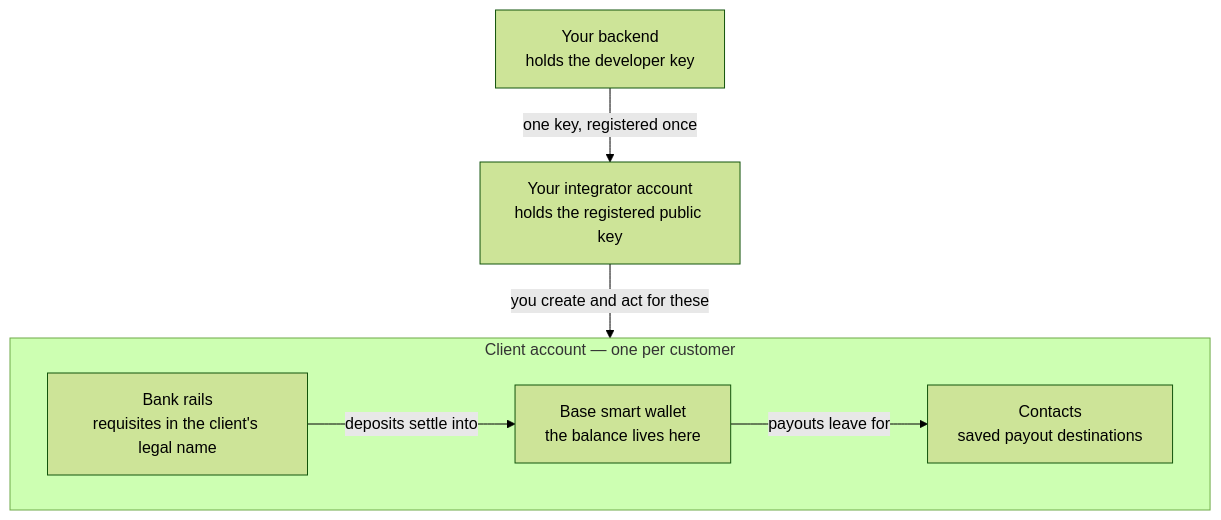
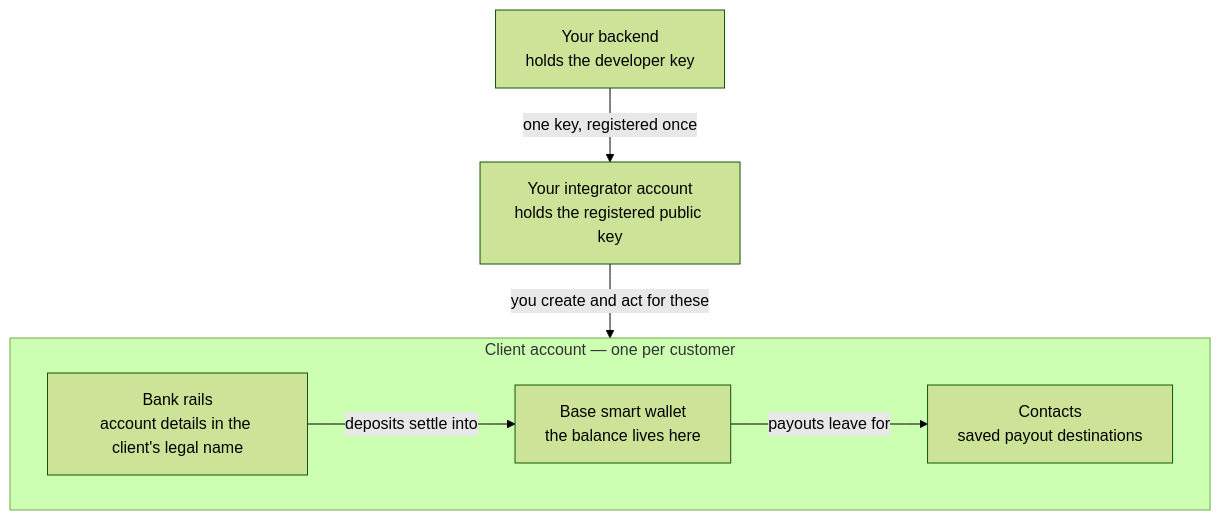
The diagram in whitelabel/overview.mdx (hevn-inc/docs), drawn with Mermaid (forest theme) before and after one commit. The commit also changed other lines of this file and 35 other files, not shown here.

````diff
--- a/whitelabel/overview.mdx
+++ b/whitelabel/overview.mdx
@@ -9,14 +9,14 @@
 ```mermaid
 flowchart TB
     K["Your backend<br/>holds the developer key"]
     I["Your integrator account<br/>holds the registered public key"]
     K -->|"one key, registered once"| I
     I -->|"you create and act for these"| Wallet
     subgraph Wallet["Client account — one per customer"]
         W["Base smart wallet<br/>the balance lives here"]
-        B["Bank rails<br/>requisites in the client's legal name"]
+        B["Bank rails<br/>account details in the client's legal name"]
         T["Contacts<br/>saved payout destinations"]
         B -->|"deposits settle into"| W
         W -->|"payouts leave for"| T
     end
 ```
````
